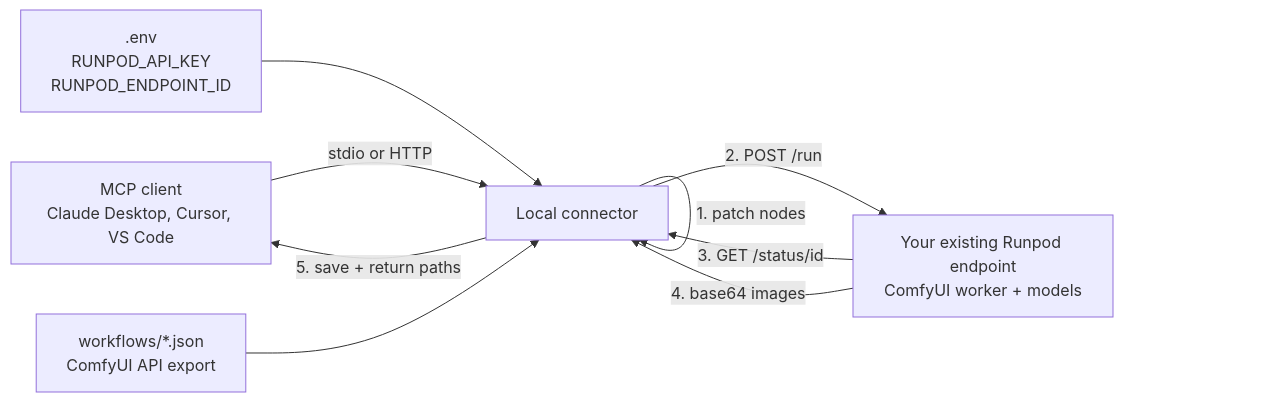
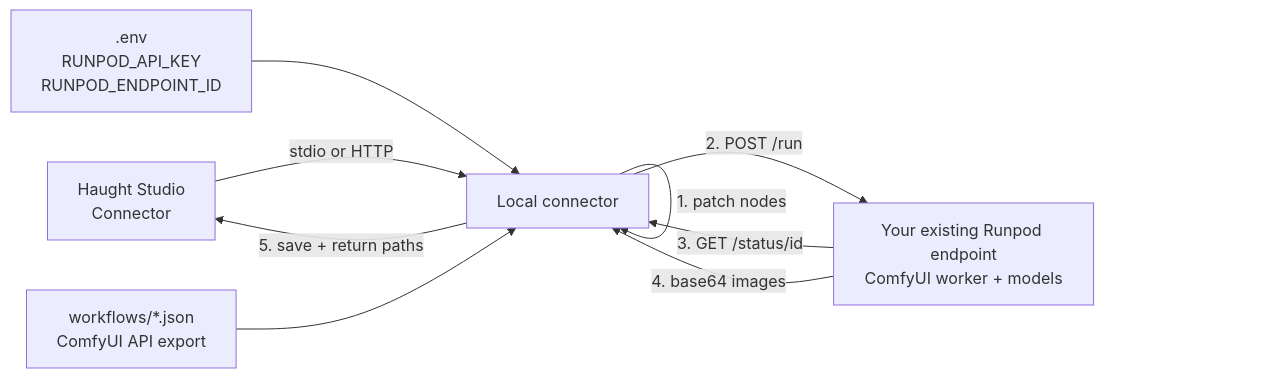
One commit to haughtai-jared/localConnector_runpod_comfyui changed the diagram in README.md. Above: the diagram before and after it, drawn with Mermaid. The commit also changed other lines of this file and 10 other files, not shown here.

First line of the commit message:
docs: frame the connector exclusively around Haught Studio

````diff
--- a/README.md
+++ b/README.md
@@ -61,11 +61,11 @@
 ```mermaid
 flowchart LR
-    A[MCP client<br/>Claude Desktop, Cursor, VS Code] -->|stdio or HTTP| B[Local connector]
+    A[Haught Studio<br/>Connector] -->|stdio or HTTP| B[Local connector]
     O[.env<br/>RUNPOD_API_KEY<br/>RUNPOD_ENDPOINT_ID] --> B
     W[workflows/*.json<br/>ComfyUI API export] --> B
     B -->|1. patch nodes| B
     B -->|2. POST /run| C[Your existing Runpod endpoint<br/>ComfyUI worker + models]
     C -->|3. GET /status/id| B
     C -->|4. base64 images| B
     B -->|5. save + return paths| A
 ```
````
